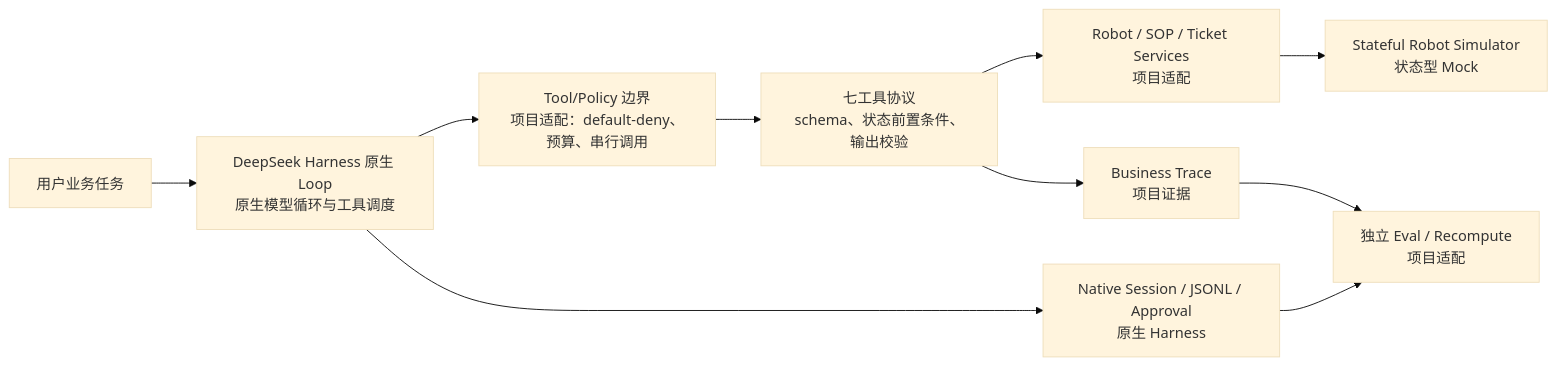
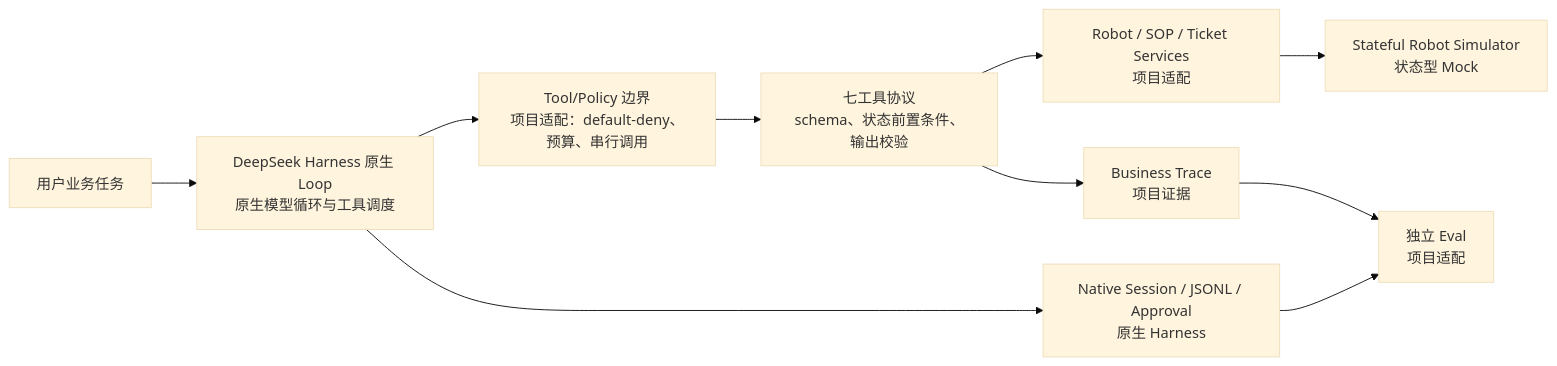
The diagram in README.md (lyqcvb/robotops-harness-lab), drawn with Mermaid (base theme) before and after one commit. The commit also changed other lines of this file and 62 other files, not shown here.

````diff
--- a/README.md
+++ b/README.md
@@ -239,12 +233,12 @@
 ```mermaid
 flowchart LR
   USER["用户业务任务"] --> LOOP["DeepSeek Harness 原生 Loop<br/>原生模型循环与工具调度"]
   LOOP --> POLICY["Tool/Policy 边界<br/>项目适配：default-deny、预算、串行调用"]
   POLICY --> TOOLS["七工具协议<br/>schema、状态前置条件、输出校验"]
   TOOLS --> SERVICES["Robot / SOP / Ticket Services<br/>项目适配"]
   SERVICES --> SIM["Stateful Robot Simulator<br/>状态型 Mock"]
   TOOLS --> TRACE["Business Trace<br/>项目证据"]
   LOOP --> NATIVE["Native Session / JSONL / Approval<br/>原生 Harness"]
-  TRACE --> EVAL["独立 Eval / Recompute<br/>项目适配"]
+  TRACE --> EVAL["独立 Eval<br/>项目适配"]
   NATIVE --> EVAL
 ```
````
